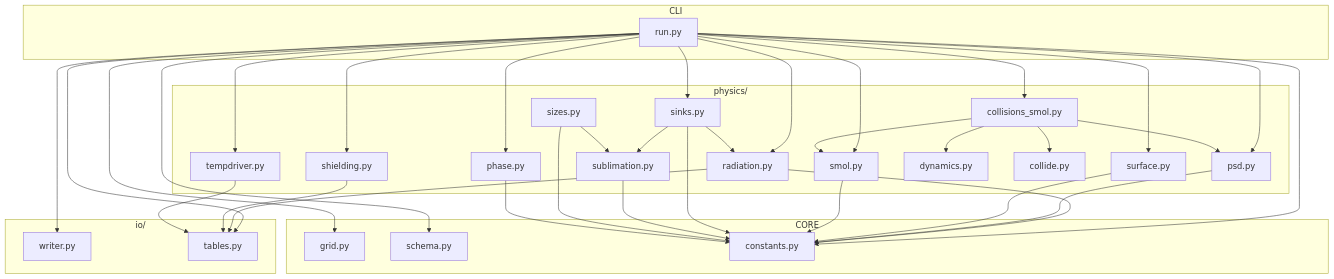
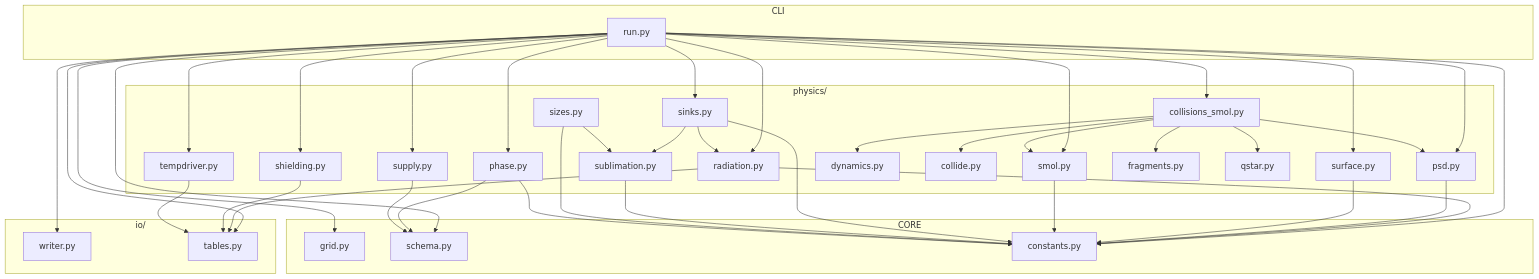
Before and after one commit to Einfeld686/MarsDiskSimulation: the ninth of 12 diagrams in analysis/physics_flow.md, drawn with Mermaid. The commit also changed other lines of this file and 14 other files, not shown here.

````diff
--- a/analysis/physics_flow.md
+++ b/analysis/physics_flow.md
@@ -230,49 +360,53 @@
 ```mermaid
 graph TD
     subgraph CLI
         RUN[run.py]
     end
     
     subgraph PHYSICS["physics/"]
         RAD[radiation.py]
         SH[shielding.py]
         PSD[psd.py]
         SF[surface.py]
         SM[smol.py]
         SK[sinks.py]
         SUB[sublimation.py]
         SZ[sizes.py]
         TD[tempdriver.py]
         PH[phase.py]
         DY[dynamics.py]
         COL[collide.py]
         CSMO[collisions_smol.py]
+        SP[supply.py]
+        FRAG[fragments.py]
+        QSTAR[qstar.py]
     end
     
     subgraph IO["io/"]
         WR[writer.py]
         TB[tables.py]
     end
     
     subgraph CORE
         GR[grid.py]
         SC[schema.py]
         CN[constants.py]
     end
     
-    RUN --> RAD & SH & PSD & SF & SM & SK & TD & PH & CSMO
+    RUN --> RAD & SH & PSD & SF & SM & SK & TD & PH & CSMO & SP
     RUN --> WR & TB
     RUN --> GR & SC & CN
     
     RAD --> TB & CN
     SH --> TB
     PSD --> CN
     SF --> CN
     SM --> CN
     SK --> SUB & RAD & CN
     SUB --> CN
     SZ --> SUB & CN
-    CSMO --> SM & COL & DY & PSD
+    CSMO --> SM & COL & DY & PSD & FRAG & QSTAR
     TD --> TB
-    PH --> CN
+    PH --> CN & SC
+    SP --> SC
 ```
````
